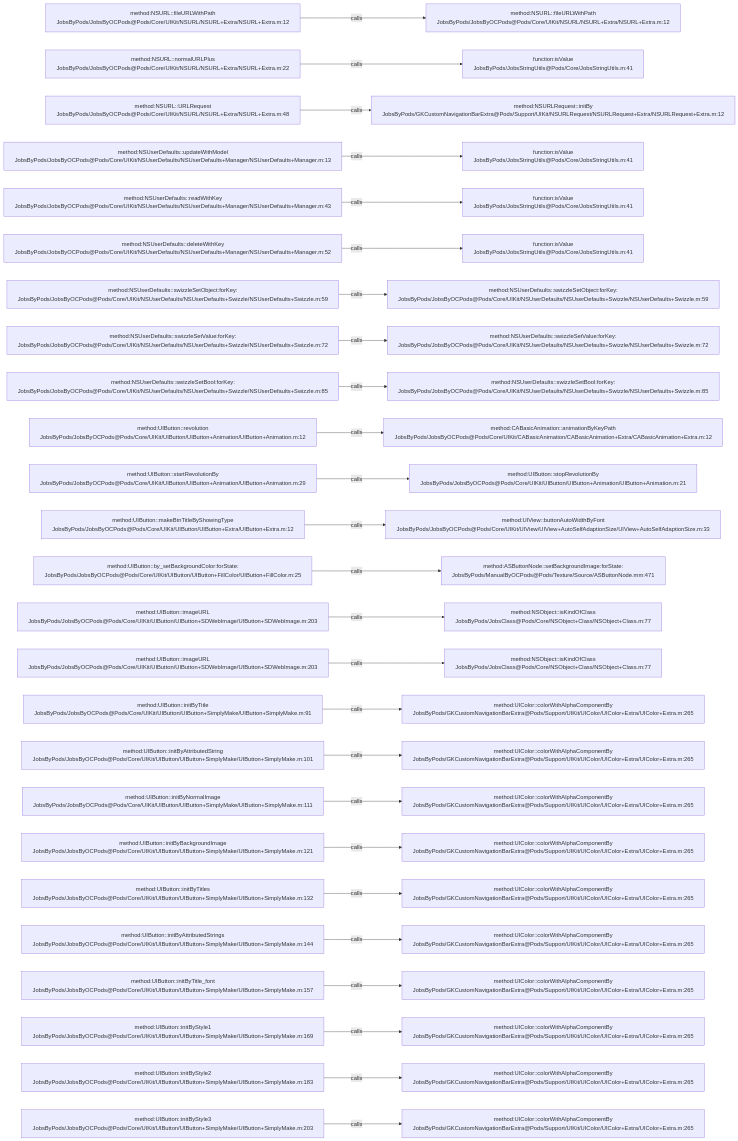
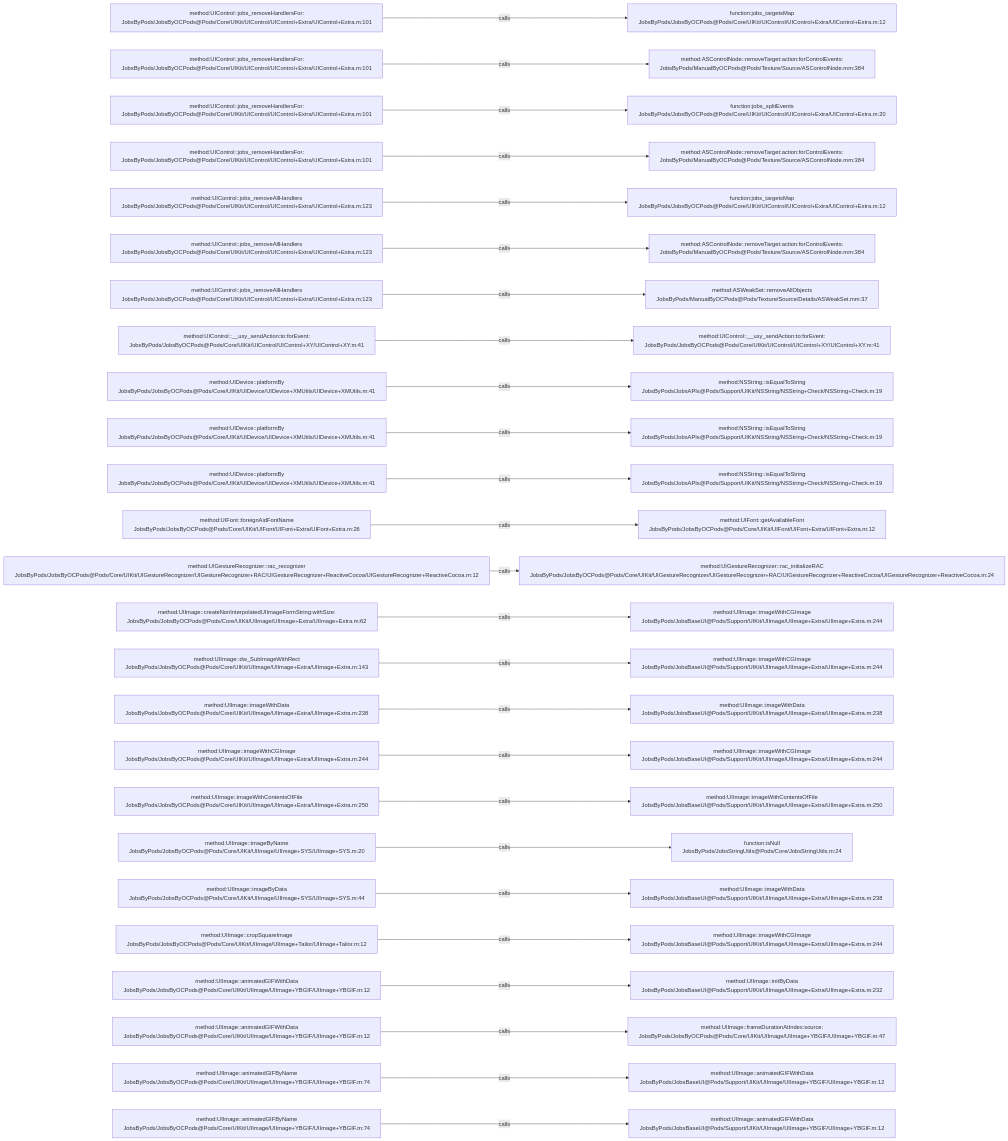
Before and after one commit to JobsKits/JobsOCBaseConfigDemo: the diagram in .codegraph/codegraph.md/graphs/calls-058.md, drawn with Mermaid. The commit also changed 639 other files, not shown here.

````diff
--- a/.codegraph/codegraph.md/graphs/calls-058.md
+++ b/.codegraph/codegraph.md/graphs/calls-058.md
@@ -13,78 +13,78 @@
 ```mermaid
 flowchart LR
-  S1["method:NSURL::fileURLWithPath<br/>JobsByPods/JobsByOCPods@Pods/Core/UIKit/NSURL/NSURL+Extra/NSURL+Extra.m:12"]
-  T1["method:NSURL::fileURLWithPath<br/>JobsByPods/JobsByOCPods@Pods/Core/UIKit/NSURL/NSURL+Extra/NSURL+Extra.m:12"]
+  S1["method:UIControl::jobs_removeHandlersFor:<br/>JobsByPods/JobsByOCPods@Pods/Core/UIKit/UIControl/UIControl+Extra/UIControl+Extra.m:101"]
+  T1["function:jobs_targetsMap<br/>JobsByPods/JobsByOCPods@Pods/Core/UIKit/UIControl/UIControl+Extra/UIControl+Extra.m:12"]
   S1 -->|calls| T1
-  S2["method:NSURL::normalURLPlus<br/>JobsByPods/JobsByOCPods@Pods/Core/UIKit/NSURL/NSURL+Extra/NSURL+Extra.m:22"]
-  T2["function:isValue<br/>JobsByPods/JobsStringUtils@Pods/Core/JobsStringUtils.m:41"]
+  S2["method:UIControl::jobs_removeHandlersFor:<br/>JobsByPods/JobsByOCPods@Pods/Core/UIKit/UIControl/UIControl+Extra/UIControl+Extra.m:101"]
+  T2["method:ASControlNode::removeTarget:action:forControlEvents:<br/>JobsByPods/ManualByOCPods@Pods/Texture/Source/ASControlNode.mm:384"]
   S2 -->|calls| T2
-  S3["method:NSURL::URLRequest<br/>JobsByPods/JobsByOCPods@Pods/Core/UIKit/NSURL/NSURL+Extra/NSURL+Extra.m:48"]
-  T3["method:NSURLRequest::initBy<br/>JobsByPods/GKCustomNavigationBarExtra@Pods/Support/UIKit/NSURLRequest/NSURLRequest+Extra/NSURLRequest+Extra.m:12"]
+  S3["method:UIControl::jobs_removeHandlersFor:<br/>JobsByPods/JobsByOCPods@Pods/Core/UIKit/UIControl/UIControl+Extra/UIControl+Extra.m:101"]
+  T3["function:jobs_splitEvents<br/>JobsByPods/JobsByOCPods@Pods/Core/UIKit/UIControl/UIControl+Extra/UIControl+Extra.m:20"]
   S3 -->|calls| T3
-  S4["method:NSUserDefaults::updateWithModel<br/>JobsByPods/JobsByOCPods@Pods/Core/UIKit/NSUserDefaults/NSUserDefaults+Manager/NSUserDefaults+Manager.m:13"]
-  T4["function:isValue<br/>JobsByPods/JobsStringUtils@Pods/Core/JobsStringUtils.m:41"]
+  S4["method:UIControl::jobs_removeHandlersFor:<br/>JobsByPods/JobsByOCPods@Pods/Core/UIKit/UIControl/UIControl+Extra/UIControl+Extra.m:101"]
+  T4["method:ASControlNode::removeTarget:action:forControlEvents:<br/>JobsByPods/ManualByOCPods@Pods/Texture/Source/ASControlNode.mm:384"]
   S4 -->|calls| T4
-  S5["method:NSUserDefaults::readWithKey<br/>JobsByPods/JobsByOCPods@Pods/Core/UIKit/NSUserDefaults/NSUserDefaults+Manager/NSUserDefaults+Manager.m:43"]
-  T5["function:isValue<br/>JobsByPods/JobsStringUtils@Pods/Core/JobsStringUtils.m:41"]
+  S5["method:UIControl::jobs_removeAllHandlers<br/>JobsByPods/JobsByOCPods@Pods/Core/UIKit/UIControl/UIControl+Extra/UIControl+Extra.m:123"]
+  T5["function:jobs_targetsMap<br/>JobsByPods/JobsByOCPods@Pods/Core/UIKit/UIControl/UIControl+Extra/UIControl+Extra.m:12"]
   S5 -->|calls| T5
-  S6["method:NSUserDefaults::deleteWithKey<br/>JobsByPods/JobsByOCPods@Pods/Core/UIKit/NSUserDefaults/NSUserDefaults+Manager/NSUserDefaults+Manager.m:52"]
-  T6["function:isValue<br/>JobsByPods/JobsStringUtils@Pods/Core/JobsStringUtils.m:41"]
+  S6["method:UIControl::jobs_removeAllHandlers<br/>JobsByPods/JobsByOCPods@Pods/Core/UIKit/UIControl/UIControl+Extra/UIControl+Extra.m:123"]
+  T6["method:ASControlNode::removeTarget:action:forControlEvents:<br/>JobsByPods/ManualByOCPods@Pods/Texture/Source/ASControlNode.mm:384"]
   S6 -->|calls| T6
-  S7["method:NSUserDefaults::swizzleSetObject:forKey:<br/>JobsByPods/JobsByOCPods@Pods/Core/UIKit/NSUserDefaults/NSUserDefaults+Swizzle/NSUserDefaults+Swizzle.m:59"]
-  T7["method:NSUserDefaults::swizzleSetObject:forKey:<br/>JobsByPods/JobsByOCPods@Pods/Core/UIKit/NSUserDefaults/NSUserDefaults+Swizzle/NSUserDefaults+Swizzle.m:59"]
+  S7["method:UIControl::jobs_removeAllHandlers<br/>JobsByPods/JobsByOCPods@Pods/Core/UIKit/UIControl/UIControl+Extra/UIControl+Extra.m:123"]
+  T7["method:ASWeakSet::removeAllObjects<br/>JobsByPods/ManualByOCPods@Pods/Texture/Source/Details/ASWeakSet.mm:37"]
   S7 -->|calls| T7
-  S8["method:NSUserDefaults::swizzleSetValue:forKey:<br/>JobsByPods/JobsByOCPods@Pods/Core/UIKit/NSUserDefaults/NSUserDefaults+Swizzle/NSUserDefaults+Swizzle.m:72"]
-  T8["method:NSUserDefaults::swizzleSetValue:forKey:<br/>JobsByPods/JobsByOCPods@Pods/Core/UIKit/NSUserDefaults/NSUserDefaults+Swizzle/NSUserDefaults+Swizzle.m:72"]
+  S8["method:UIControl::__uxy_sendAction:to:forEvent:<br/>JobsByPods/JobsByOCPods@Pods/Core/UIKit/UIControl/UIControl+XY/UIControl+XY.m:41"]
+  T8["method:UIControl::__uxy_sendAction:to:forEvent:<br/>JobsByPods/JobsByOCPods@Pods/Core/UIKit/UIControl/UIControl+XY/UIControl+XY.m:41"]
   S8 -->|calls| T8
-  S9["method:NSUserDefaults::swizzleSetBool:forKey:<br/>JobsByPods/JobsByOCPods@Pods/Core/UIKit/NSUserDefaults/NSUserDefaults+Swizzle/NSUserDefaults+Swizzle.m:85"]
-  T9["method:NSUserDefaults::swizzleSetBool:forKey:<br/>JobsByPods/JobsByOCPods@Pods/Core/UIKit/NSUserDefaults/NSUserDefaults+Swizzle/NSUserDefaults+Swizzle.m:85"]
+  S9["method:UIDevice::platformBy<br/>JobsByPods/JobsByOCPods@Pods/Core/UIKit/UIDevice/UIDevice+XMUtils/UIDevice+XMUtils.m:41"]
+  T9["method:NSString::isEqualToString<br/>JobsByPods/JobsAPIs@Pods/Support/UIKit/NSString/NSString+Check/NSString+Check.m:19"]
   S9 -->|calls| T9
-  S10["method:UIButton::revolution<br/>JobsByPods/JobsByOCPods@Pods/Core/UIKit/UIButton/UIButton+Animation/UIButton+Animation.m:12"]
-  T10["method:CABasicAnimation::animationByKeyPath<br/>JobsByPods/JobsByOCPods@Pods/Core/UIKit/CABasicAnimation/CABasicAnimation+Extra/CABasicAnimation+Extra.m:12"]
+  S10["method:UIDevice::platformBy<br/>JobsByPods/JobsByOCPods@Pods/Core/UIKit/UIDevice/UIDevice+XMUtils/UIDevice+XMUtils.m:41"]
+  T10["method:NSString::isEqualToString<br/>JobsByPods/JobsAPIs@Pods/Support/UIKit/NSString/NSString+Check/NSString+Check.m:19"]
   S10 -->|calls| T10
-  S11["method:UIButton::startRevolutionBy<br/>JobsByPods/JobsByOCPods@Pods/Core/UIKit/UIButton/UIButton+Animation/UIButton+Animation.m:29"]
-  T11["method:UIButton::stopRevolutionBy<br/>JobsByPods/JobsByOCPods@Pods/Core/UIKit/UIButton/UIButton+Animation/UIButton+Animation.m:21"]
+  S11["method:UIDevice::platformBy<br/>JobsByPods/JobsByOCPods@Pods/Core/UIKit/UIDevice/UIDevice+XMUtils/UIDevice+XMUtils.m:41"]
+  T11["method:NSString::isEqualToString<br/>JobsByPods/JobsAPIs@Pods/Support/UIKit/NSString/NSString+Check/NSString+Check.m:19"]
   S11 -->|calls| T11
-  S12["method:UIButton::makeBtnTitleByShowingType<br/>JobsByPods/JobsByOCPods@Pods/Core/UIKit/UIButton/UIButton+Extra/UIButton+Extra.m:12"]
-  T12["method:UIView::buttonAutoWidthByFont<br/>JobsByPods/JobsByOCPods@Pods/Core/UIKit/UIView/UIView+AutoSelfAdaptionSize/UIView+AutoSelfAdaptionSize.m:33"]
+  S12["method:UIFont::foreignAidFontName<br/>JobsByPods/JobsByOCPods@Pods/Core/UIKit/UIFont/UIFont+Extra/UIFont+Extra.m:26"]
+  T12["method:UIFont::getAvailableFont<br/>JobsByPods/JobsByOCPods@Pods/Core/UIKit/UIFont/UIFont+Extra/UIFont+Extra.m:12"]
   S12 -->|calls| T12
-  S13["method:UIButton::by_setBackgroundColor:forState:<br/>JobsByPods/JobsByOCPods@Pods/Core/UIKit/UIButton/UIButton+FillColor/UIButton+FillColor.m:25"]
-  T13["method:ASButtonNode::setBackgroundImage:forState:<br/>JobsByPods/ManualByOCPods@Pods/Texture/Source/ASButtonNode.mm:471"]
+  S13["method:UIGestureRecognizer::rac_recognizer<br/>JobsByPods/JobsByOCPods@Pods/Core/UIKit/UIGestureRecognizer/UIGestureRecognizer+RAC/UIGestureRecognizer+ReactiveCocoa/UIGestureRecognizer+ReactiveCocoa.m:12"]
+  T13["method:UIGestureRecognizer::rac_initializeRAC<br/>JobsByPods/JobsByOCPods@Pods/Core/UIKit/UIGestureRecognizer/UIGestureRecognizer+RAC/UIGestureRecognizer+ReactiveCocoa/UIGestureRecognizer+ReactiveCocoa.m:24"]
   S13 -->|calls| T13
-  S14["method:UIButton::imageURL<br/>JobsByPods/JobsByOCPods@Pods/Core/UIKit/UIButton/UIButton+SDWebImage/UIButton+SDWebImage.m:203"]
-  T14["method:NSObject::isKindOfClass<br/>JobsByPods/JobsClass@Pods/Core/NSObject+Class/NSObject+Class.m:77"]
+  S14["method:UIImage::createNonInterpolatedUIImageFormString:withSize:<br/>JobsByPods/JobsByOCPods@Pods/Core/UIKit/UIImage/UIImage+Extra/UIImage+Extra.m:62"]
+  T14["method:UIImage::imageWithCGImage<br/>JobsByPods/JobsBaseUI@Pods/Support/UIKit/UIImage/UIImage+Extra/UIImage+Extra.m:244"]
   S14 -->|calls| T14
-  S15["method:UIButton::imageURL<br/>JobsByPods/JobsByOCPods@Pods/Core/UIKit/UIButton/UIButton+SDWebImage/UIButton+SDWebImage.m:203"]
-  T15["method:NSObject::isKindOfClass<br/>JobsByPods/JobsClass@Pods/Core/NSObject+Class/NSObject+Class.m:77"]
+  S15["method:UIImage::dw_SubImageWithRect<br/>JobsByPods/JobsByOCPods@Pods/Core/UIKit/UIImage/UIImage+Extra/UIImage+Extra.m:143"]
+  T15["method:UIImage::imageWithCGImage<br/>JobsByPods/JobsBaseUI@Pods/Support/UIKit/UIImage/UIImage+Extra/UIImage+Extra.m:244"]
   S15 -->|calls| T15
-  S16["method:UIButton::initByTitle<br/>JobsByPods/JobsByOCPods@Pods/Core/UIKit/UIButton/UIButton+SimplyMake/UIButton+SimplyMake.m:91"]
-  T16["method:UIColor::colorWithAlphaComponentBy<br/>JobsByPods/GKCustomNavigationBarExtra@Pods/Support/UIKit/UIColor/UIColor+Extra/UIColor+Extra.m:265"]
+  S16["method:UIImage::imageWithData<br/>JobsByPods/JobsByOCPods@Pods/Core/UIKit/UIImage/UIImage+Extra/UIImage+Extra.m:238"]
+  T16["method:UIImage::imageWithData<br/>JobsByPods/JobsBaseUI@Pods/Support/UIKit/UIImage/UIImage+Extra/UIImage+Extra.m:238"]
   S16 -->|calls| T16
-  S17["method:UIButton::initByAttributedString<br/>JobsByPods/JobsByOCPods@Pods/Core/UIKit/UIButton/UIButton+SimplyMake/UIButton+SimplyMake.m:101"]
-  T17["method:UIColor::colorWithAlphaComponentBy<br/>JobsByPods/GKCustomNavigationBarExtra@Pods/Support/UIKit/UIColor/UIColor+Extra/UIColor+Extra.m:265"]
+  S17["method:UIImage::imageWithCGImage<br/>JobsByPods/JobsByOCPods@Pods/Core/UIKit/UIImage/UIImage+Extra/UIImage+Extra.m:244"]
+  T17["method:UIImage::imageWithCGImage<br/>JobsByPods/JobsBaseUI@Pods/Support/UIKit/UIImage/UIImage+Extra/UIImage+Extra.m:244"]
   S17 -->|calls| T17
-  S18["method:UIButton::initByNormalImage<br/>JobsByPods/JobsByOCPods@Pods/Core/UIKit/UIButton/UIButton+SimplyMake/UIButton+SimplyMake.m:111"]
-  T18["method:UIColor::colorWithAlphaComponentBy<br/>JobsByPods/GKCustomNavigationBarExtra@Pods/Support/UIKit/UIColor/UIColor+Extra/UIColor+Extra.m:265"]
+  S18["method:UIImage::imageWithContentsOfFile<br/>JobsByPods/JobsByOCPods@Pods/Core/UIKit/UIImage/UIImage+Extra/UIImage+Extra.m:250"]
+  T18["method:UIImage::imageWithContentsOfFile<br/>JobsByPods/JobsBaseUI@Pods/Support/UIKit/UIImage/UIImage+Extra/UIImage+Extra.m:250"]
   S18 -->|calls| T18
-  S19["method:UIButton::initByBackgroundImage<br/>JobsByPods/JobsByOCPods@Pods/Core/UIKit/UIButton/UIButton+SimplyMake/UIButton+SimplyMake.m:121"]
-  T19["method:UIColor::colorWithAlphaComponentBy<br/>JobsByPods/GKCustomNavigationBarExtra@Pods/Support/UIKit/UIColor/UIColor+Extra/UIColor+Extra.m:265"]
+  S19["method:UIImage::imageByName<br/>JobsByPods/JobsByOCPods@Pods/Core/UIKit/UIImage/UIImage+SYS/UIImage+SYS.m:20"]
+  T19["function:isNull<br/>JobsByPods/JobsStringUtils@Pods/Core/JobsStringUtils.m:24"]
   S19 -->|calls| T19
-  S20["method:UIButton::initByTitles<br/>JobsByPods/JobsByOCPods@Pods/Core/UIKit/UIButton/UIButton+SimplyMake/UIButton+SimplyMake.m:132"]
-  T20["method:UIColor::colorWithAlphaComponentBy<br/>JobsByPods/GKCustomNavigationBarExtra@Pods/Support/UIKit/UIColor/UIColor+Extra/UIColor+Extra.m:265"]
+  S20["method:UIImage::imageByData<br/>JobsByPods/JobsByOCPods@Pods/Core/UIKit/UIImage/UIImage+SYS/UIImage+SYS.m:44"]
+  T20["method:UIImage::imageWithData<br/>JobsByPods/JobsBaseUI@Pods/Support/UIKit/UIImage/UIImage+Extra/UIImage+Extra.m:238"]
   S20 -->|calls| T20
-  S21["method:UIButton::initByAttributedStrings<br/>JobsByPods/JobsByOCPods@Pods/Core/UIKit/UIButton/UIButton+SimplyMake/UIButton+SimplyMake.m:144"]
-  T21["method:UIColor::colorWithAlphaComponentBy<br/>JobsByPods/GKCustomNavigationBarExtra@Pods/Support/UIKit/UIColor/UIColor+Extra/UIColor+Extra.m:265"]
+  S21["method:UIImage::cropSquareImage<br/>JobsByPods/JobsByOCPods@Pods/Core/UIKit/UIImage/UIImage+Tailor/UIImage+Tailor.m:12"]
+  T21["method:UIImage::imageWithCGImage<br/>JobsByPods/JobsBaseUI@Pods/Support/UIKit/UIImage/UIImage+Extra/UIImage+Extra.m:244"]
   S21 -->|calls| T21
-  S22["method:UIButton::initByTitle_font<br/>JobsByPods/JobsByOCPods@Pods/Core/UIKit/UIButton/UIButton+SimplyMake/UIButton+SimplyMake.m:157"]
-  T22["method:UIColor::colorWithAlphaComponentBy<br/>JobsByPods/GKCustomNavigationBarExtra@Pods/Support/UIKit/UIColor/UIColor+Extra/UIColor+Extra.m:265"]
+  S22["method:UIImage::animatedGIFWithData<br/>JobsByPods/JobsByOCPods@Pods/Core/UIKit/UIImage/UIImage+YBGIF/UIImage+YBGIF.m:12"]
+  T22["method:UIImage::initByData<br/>JobsByPods/JobsBaseUI@Pods/Support/UIKit/UIImage/UIImage+Extra/UIImage+Extra.m:232"]
   S22 -->|calls| T22
-  S23["method:UIButton::initByStyle1<br/>JobsByPods/JobsByOCPods@Pods/Core/UIKit/UIButton/UIButton+SimplyMake/UIButton+SimplyMake.m:169"]
-  T23["method:UIColor::colorWithAlphaComponentBy<br/>JobsByPods/GKCustomNavigationBarExtra@Pods/Support/UIKit/UIColor/UIColor+Extra/UIColor+Extra.m:265"]
+  S23["method:UIImage::animatedGIFWithData<br/>JobsByPods/JobsByOCPods@Pods/Core/UIKit/UIImage/UIImage+YBGIF/UIImage+YBGIF.m:12"]
+  T23["method:UIImage::frameDurationAtIndex:source:<br/>JobsByPods/JobsByOCPods@Pods/Core/UIKit/UIImage/UIImage+YBGIF/UIImage+YBGIF.m:47"]
   S23 -->|calls| T23
-  S24["method:UIButton::initByStyle2<br/>JobsByPods/JobsByOCPods@Pods/Core/UIKit/UIButton/UIButton+SimplyMake/UIButton+SimplyMake.m:183"]
-  T24["method:UIColor::colorWithAlphaComponentBy<br/>JobsByPods/GKCustomNavigationBarExtra@Pods/Support/UIKit/UIColor/UIColor+Extra/UIColor+Extra.m:265"]
+  S24["method:UIImage::animatedGIFByName<br/>JobsByPods/JobsByOCPods@Pods/Core/UIKit/UIImage/UIImage+YBGIF/UIImage+YBGIF.m:74"]
+  T24["method:UIImage::animatedGIFWithData<br/>JobsByPods/JobsBaseUI@Pods/Support/UIKit/UIImage/UIImage+YBGIF/UIImage+YBGIF.m:12"]
   S24 -->|calls| T24
-  S25["method:UIButton::initByStyle3<br/>JobsByPods/JobsByOCPods@Pods/Core/UIKit/UIButton/UIButton+SimplyMake/UIButton+SimplyMake.m:203"]
-  T25["method:UIColor::colorWithAlphaComponentBy<br/>JobsByPods/GKCustomNavigationBarExtra@Pods/Support/UIKit/UIColor/UIColor+Extra/UIColor+Extra.m:265"]
+  S25["method:UIImage::animatedGIFByName<br/>JobsByPods/JobsByOCPods@Pods/Core/UIKit/UIImage/UIImage+YBGIF/UIImage+YBGIF.m:74"]
+  T25["method:UIImage::animatedGIFWithData<br/>JobsByPods/JobsBaseUI@Pods/Support/UIKit/UIImage/UIImage+YBGIF/UIImage+YBGIF.m:12"]
   S25 -->|calls| T25
 ```
````
